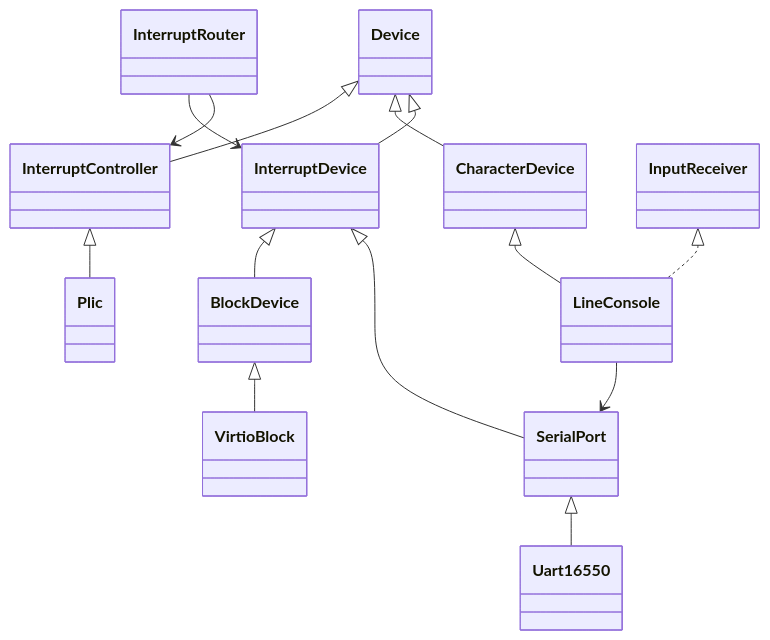
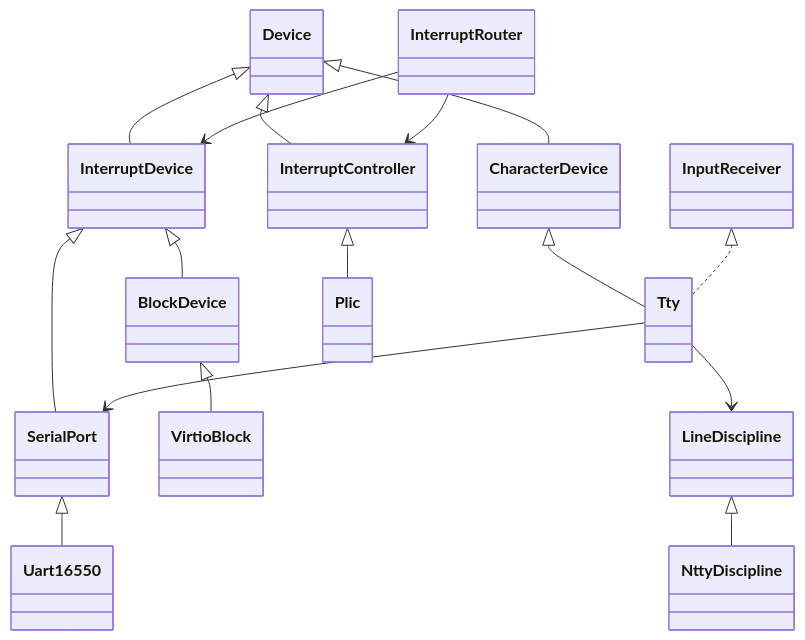
The diagram in kernel/drivers/README.md (barrenham/xv6-cpp), drawn with Mermaid before and after one commit. The commit also changed other lines of this file and 45 other files, not shown here.

Commit message:
Introduce TTY core and termios with pluggable line discipline

````diff
--- a/kernel/drivers/README.md
+++ b/kernel/drivers/README.md
@@ -6,16 +6,18 @@
 ```mermaid
 classDiagram
   Device <|-- InterruptDevice
   Device <|-- CharacterDevice
   Device <|-- InterruptController
   InterruptDevice <|-- SerialPort
   InterruptDevice <|-- BlockDevice
   SerialPort <|-- Uart16550
   BlockDevice <|-- VirtioBlock
-  CharacterDevice <|-- LineConsole
+  CharacterDevice <|-- Tty
   InterruptController <|-- Plic
-  InputReceiver <|.. LineConsole
-  LineConsole --> SerialPort
+  InputReceiver <|.. Tty
+  Tty --> SerialPort
+  Tty --> LineDiscipline
+  LineDiscipline <|-- NttyDiscipline
   InterruptRouter --> InterruptController
   InterruptRouter --> InterruptDevice
 ```
````
